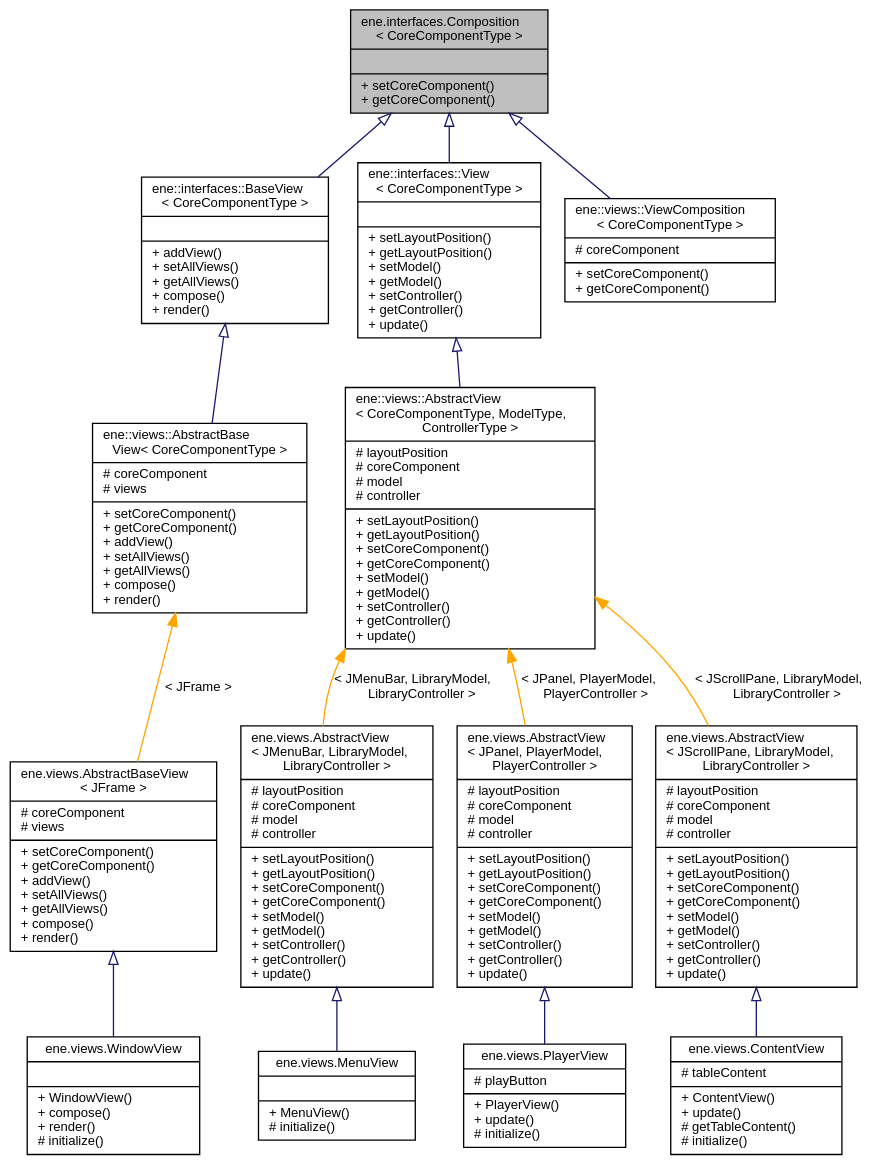
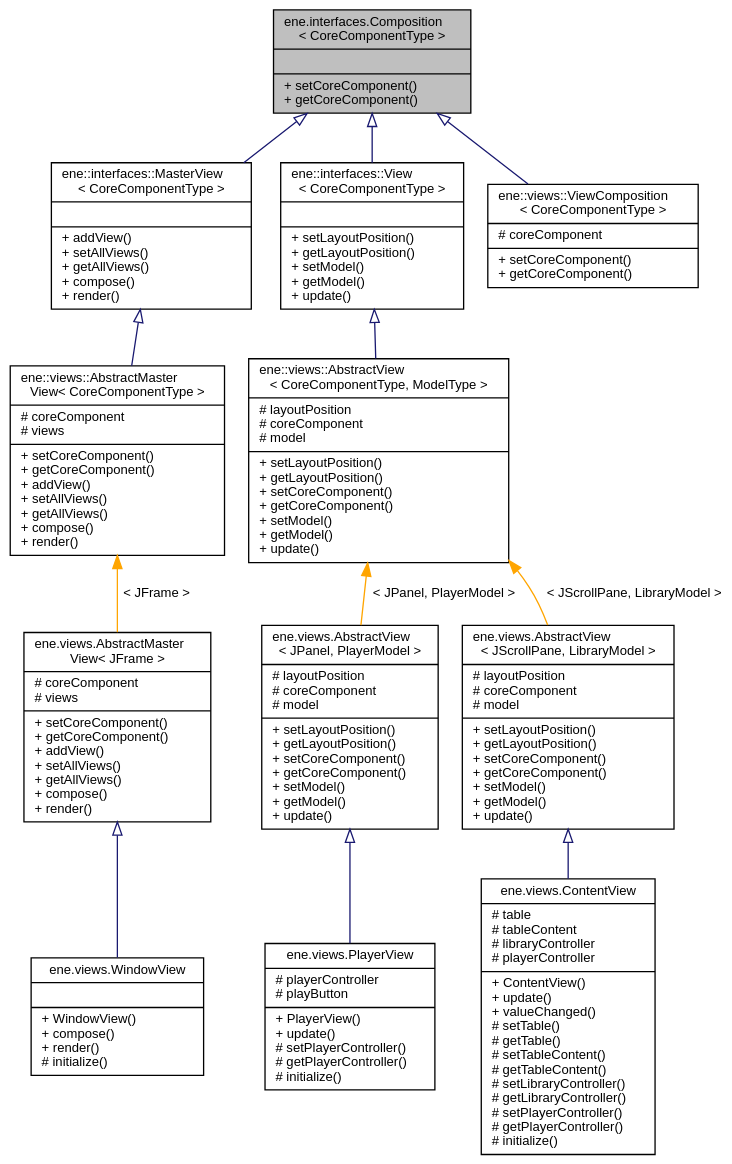
The diagram in docs/interfaceene_1_1interfaces_1_1Composition__inherit__graph.dot (vivi90/ene), drawn with Graphviz before and after one commit. The commit also changed 205 other files, not shown here.

```diff
--- a/docs/interfaceene_1_1interfaces_1_1Composition__inherit__graph.dot
+++ b/docs/interfaceene_1_1interfaces_1_1Composition__inherit__graph.dot
@@ -1,33 +1,29 @@
 digraph "ene.interfaces.Composition&lt; CoreComponentType &gt;"
 {
   bgcolor="transparent";
   edge [fontname="Helvetica",fontsize="10",labelfontname="Helvetica",labelfontsize="10"];
   node [fontname="Helvetica",fontsize="10",shape=record];
   Node0 [label="{ene.interfaces.Composition\l\< CoreComponentType \>\n||+ setCoreComponent()\l+ getCoreComponent()\l}",height=0.2,width=0.4,color="black", fillcolor="grey75", style="filled", fontcolor="black"];
   Node0 -> Node1 [dir="back",color="midnightblue",fontsize="10",style="solid",arrowtail="onormal",fontname="Helvetica"];
-  Node1 [label="{ene::interfaces::BaseView\l\< CoreComponentType \>\n||+ addView()\l+ setAllViews()\l+ getAllViews()\l+ compose()\l+ render()\l}",height=0.2,width=0.4,color="black",URL="$interfaceene_1_1interfaces_1_1BaseView.html"];
+  Node1 [label="{ene::interfaces::MasterView\l\< CoreComponentType \>\n||+ addView()\l+ setAllViews()\l+ getAllViews()\l+ compose()\l+ render()\l}",height=0.2,width=0.4,color="black",URL="$interfaceene_1_1interfaces_1_1MasterView.html"];
   Node1 -> Node2 [dir="back",color="midnightblue",fontsize="10",style="solid",arrowtail="onormal",fontname="Helvetica"];
-  Node2 [label="{ene::views::AbstractBase\lView\< CoreComponentType \>\n|# coreComponent\l# views\l|+ setCoreComponent()\l+ getCoreComponent()\l+ addView()\l+ setAllViews()\l+ getAllViews()\l+ compose()\l+ render()\l}",height=0.2,width=0.4,color="black",URL="$classene_1_1views_1_1AbstractBaseView.html"];
+  Node2 [label="{ene::views::AbstractMaster\lView\< CoreComponentType \>\n|# coreComponent\l# views\l|+ setCoreComponent()\l+ getCoreComponent()\l+ addView()\l+ setAllViews()\l+ getAllViews()\l+ compose()\l+ render()\l}",height=0.2,width=0.4,color="black",URL="$classene_1_1views_1_1AbstractMasterView.html"];
   Node2 -> Node3 [dir="back",color="orange",fontsize="10",style="solid",label=" \< JFrame \>" ,fontname="Helvetica"];
-  Node3 [label="{ene.views.AbstractBaseView\l\< JFrame \>\n|# coreComponent\l# views\l|+ setCoreComponent()\l+ getCoreComponent()\l+ addView()\l+ setAllViews()\l+ getAllViews()\l+ compose()\l+ render()\l}",height=0.2,width=0.4,color="black",URL="$classene_1_1views_1_1AbstractBaseView.html"];
+  Node3 [label="{ene.views.AbstractMaster\lView\< JFrame \>\n|# coreComponent\l# views\l|+ setCoreComponent()\l+ getCoreComponent()\l+ addView()\l+ setAllViews()\l+ getAllViews()\l+ compose()\l+ render()\l}",height=0.2,width=0.4,color="black",URL="$classene_1_1views_1_1AbstractMasterView.html"];
   Node3 -> Node4 [dir="back",color="midnightblue",fontsize="10",style="solid",arrowtail="onormal",fontname="Helvetica"];
   Node4 [label="{ene.views.WindowView\n||+ WindowView()\l+ compose()\l+ render()\l# initialize()\l}",height=0.2,width=0.4,color="black",URL="$classene_1_1views_1_1WindowView.html"];
   Node0 -> Node5 [dir="back",color="midnightblue",fontsize="10",style="solid",arrowtail="onormal",fontname="Helvetica"];
-  Node5 [label="{ene::interfaces::View\l\< CoreComponentType \>\n||+ setLayoutPosition()\l+ getLayoutPosition()\l+ setModel()\l+ getModel()\l+ setController()\l+ getController()\l+ update()\l}",height=0.2,width=0.4,color="black",URL="$interfaceene_1_1interfaces_1_1View.html"];
+  Node5 [label="{ene::interfaces::View\l\< CoreComponentType \>\n||+ setLayoutPosition()\l+ getLayoutPosition()\l+ setModel()\l+ getModel()\l+ update()\l}",height=0.2,width=0.4,color="black",URL="$interfaceene_1_1interfaces_1_1View.html"];
   Node5 -> Node6 [dir="back",color="midnightblue",fontsize="10",style="solid",arrowtail="onormal",fontname="Helvetica"];
-  Node6 [label="{ene::views::AbstractView\l\< CoreComponentType, ModelType,\l ControllerType \>\n|# layoutPosition\l# coreComponent\l# model\l# controller\l|+ setLayoutPosition()\l+ getLayoutPosition()\l+ setCoreComponent()\l+ getCoreComponent()\l+ setModel()\l+ getModel()\l+ setController()\l+ getController()\l+ update()\l}",height=0.2,width=0.4,color="black",URL="$classene_1_1views_1_1AbstractView.html"];
-  Node6 -> Node7 [dir="back",color="orange",fontsize="10",style="solid",label=" \< JMenuBar, LibraryModel,\l LibraryController \>" ,fontname="Helvetica"];
-  Node7 [label="{ene.views.AbstractView\l\< JMenuBar, LibraryModel,\l LibraryController \>\n|# layoutPosition\l# coreComponent\l# model\l# controller\l|+ setLayoutPosition()\l+ getLayoutPosition()\l+ setCoreComponent()\l+ getCoreComponent()\l+ setModel()\l+ getModel()\l+ setController()\l+ getController()\l+ update()\l}",height=0.2,width=0.4,color="black",URL="$classene_1_1views_1_1AbstractView.html"];
+  Node6 [label="{ene::views::AbstractView\l\< CoreComponentType, ModelType \>\n|# layoutPosition\l# coreComponent\l# model\l|+ setLayoutPosition()\l+ getLayoutPosition()\l+ setCoreComponent()\l+ getCoreComponent()\l+ setModel()\l+ getModel()\l+ update()\l}",height=0.2,width=0.4,color="black",URL="$classene_1_1views_1_1AbstractView.html"];
+  Node6 -> Node7 [dir="back",color="orange",fontsize="10",style="solid",label=" \< JPanel, PlayerModel \>" ,fontname="Helvetica"];
+  Node7 [label="{ene.views.AbstractView\l\< JPanel, PlayerModel \>\n|# layoutPosition\l# coreComponent\l# model\l|+ setLayoutPosition()\l+ getLayoutPosition()\l+ setCoreComponent()\l+ getCoreComponent()\l+ setModel()\l+ getModel()\l+ update()\l}",height=0.2,width=0.4,color="black",URL="$classene_1_1views_1_1AbstractView.html"];
   Node7 -> Node8 [dir="back",color="midnightblue",fontsize="10",style="solid",arrowtail="onormal",fontname="Helvetica"];
-  Node8 [label="{ene.views.MenuView\n||+ MenuView()\l# initialize()\l}",height=0.2,width=0.4,color="black",URL="$classene_1_1views_1_1MenuView.html"];
-  Node6 -> Node9 [dir="back",color="orange",fontsize="10",style="solid",label=" \< JPanel, PlayerModel,\l PlayerController \>" ,fontname="Helvetica"];
-  Node9 [label="{ene.views.AbstractView\l\< JPanel, PlayerModel,\l PlayerController \>\n|# layoutPosition\l# coreComponent\l# model\l# controller\l|+ setLayoutPosition()\l+ getLayoutPosition()\l+ setCoreComponent()\l+ getCoreComponent()\l+ setModel()\l+ getModel()\l+ setController()\l+ getController()\l+ update()\l}",height=0.2,width=0.4,color="black",URL="$classene_1_1views_1_1AbstractView.html"];
+  Node8 [label="{ene.views.PlayerView\n|# playerController\l# playButton\l|+ PlayerView()\l+ update()\l# setPlayerController()\l# getPlayerController()\l# initialize()\l}",height=0.2,width=0.4,color="black",URL="$classene_1_1views_1_1PlayerView.html"];
+  Node6 -> Node9 [dir="back",color="orange",fontsize="10",style="solid",label=" \< JScrollPane, LibraryModel \>" ,fontname="Helvetica"];
+  Node9 [label="{ene.views.AbstractView\l\< JScrollPane, LibraryModel \>\n|# layoutPosition\l# coreComponent\l# model\l|+ setLayoutPosition()\l+ getLayoutPosition()\l+ setCoreComponent()\l+ getCoreComponent()\l+ setModel()\l+ getModel()\l+ update()\l}",height=0.2,width=0.4,color="black",URL="$classene_1_1views_1_1AbstractView.html"];
   Node9 -> Node10 [dir="back",color="midnightblue",fontsize="10",style="solid",arrowtail="onormal",fontname="Helvetica"];
-  Node10 [label="{ene.views.PlayerView\n|# playButton\l|+ PlayerView()\l+ update()\l# initialize()\l}",height=0.2,width=0.4,color="black",URL="$classene_1_1views_1_1PlayerView.html"];
-  Node6 -> Node11 [dir="back",color="orange",fontsize="10",style="solid",label=" \< JScrollPane, LibraryModel,\l LibraryController \>" ,fontname="Helvetica"];
-  Node11 [label="{ene.views.AbstractView\l\< JScrollPane, LibraryModel,\l LibraryController \>\n|# layoutPosition\l# coreComponent\l# model\l# controller\l|+ setLayoutPosition()\l+ getLayoutPosition()\l+ setCoreComponent()\l+ getCoreComponent()\l+ setModel()\l+ getModel()\l+ setController()\l+ getController()\l+ update()\l}",height=0.2,width=0.4,color="black",URL="$classene_1_1views_1_1AbstractView.html"];
-  Node11 -> Node12 [dir="back",color="midnightblue",fontsize="10",style="solid",arrowtail="onormal",fontname="Helvetica"];
-  Node12 [label="{ene.views.ContentView\n|# tableContent\l|+ ContentView()\l+ update()\l# getTableContent()\l# initialize()\l}",height=0.2,width=0.4,color="black",URL="$classene_1_1views_1_1ContentView.html"];
-  Node0 -> Node13 [dir="back",color="midnightblue",fontsize="10",style="solid",arrowtail="onormal",fontname="Helvetica"];
-  Node13 [label="{ene::views::ViewComposition\l\< CoreComponentType \>\n|# coreComponent\l|+ setCoreComponent()\l+ getCoreComponent()\l}",height=0.2,width=0.4,color="black",URL="$classene_1_1views_1_1ViewComposition.html"];
+  Node10 [label="{ene.views.ContentView\n|# table\l# tableContent\l# libraryController\l# playerController\l|+ ContentView()\l+ update()\l+ valueChanged()\l# setTable()\l# getTable()\l# setTableContent()\l# getTableContent()\l# setLibraryController()\l# getLibraryController()\l# setPlayerController()\l# getPlayerController()\l# initialize()\l}",height=0.2,width=0.4,color="black",URL="$classene_1_1views_1_1ContentView.html"];
+  Node0 -> Node11 [dir="back",color="midnightblue",fontsize="10",style="solid",arrowtail="onormal",fontname="Helvetica"];
+  Node11 [label="{ene::views::ViewComposition\l\< CoreComponentType \>\n|# coreComponent\l|+ setCoreComponent()\l+ getCoreComponent()\l}",height=0.2,width=0.4,color="black",URL="$classene_1_1views_1_1ViewComposition.html"];
 }
```
